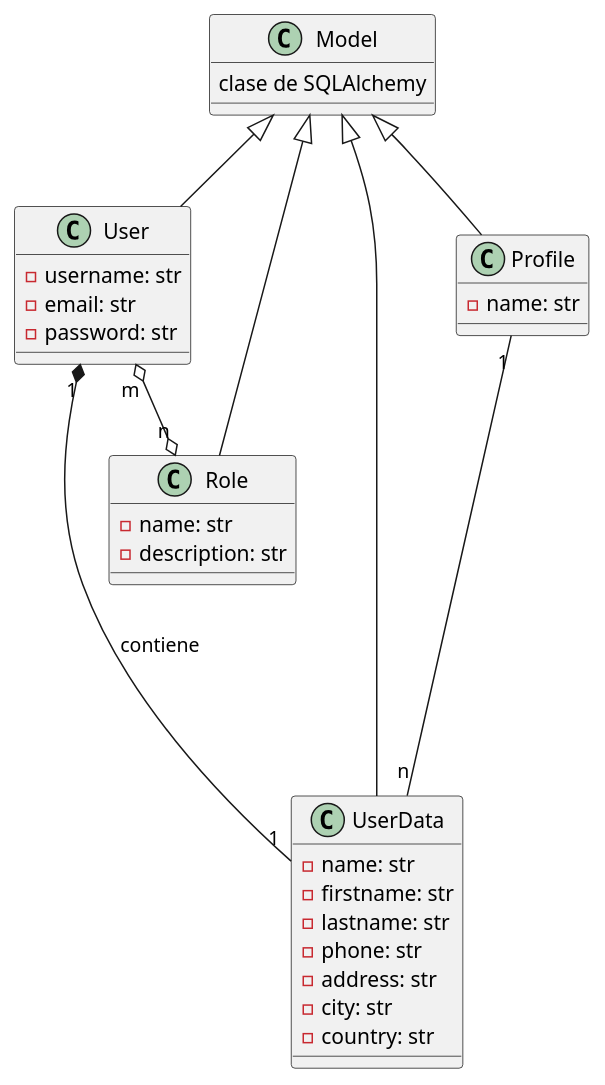
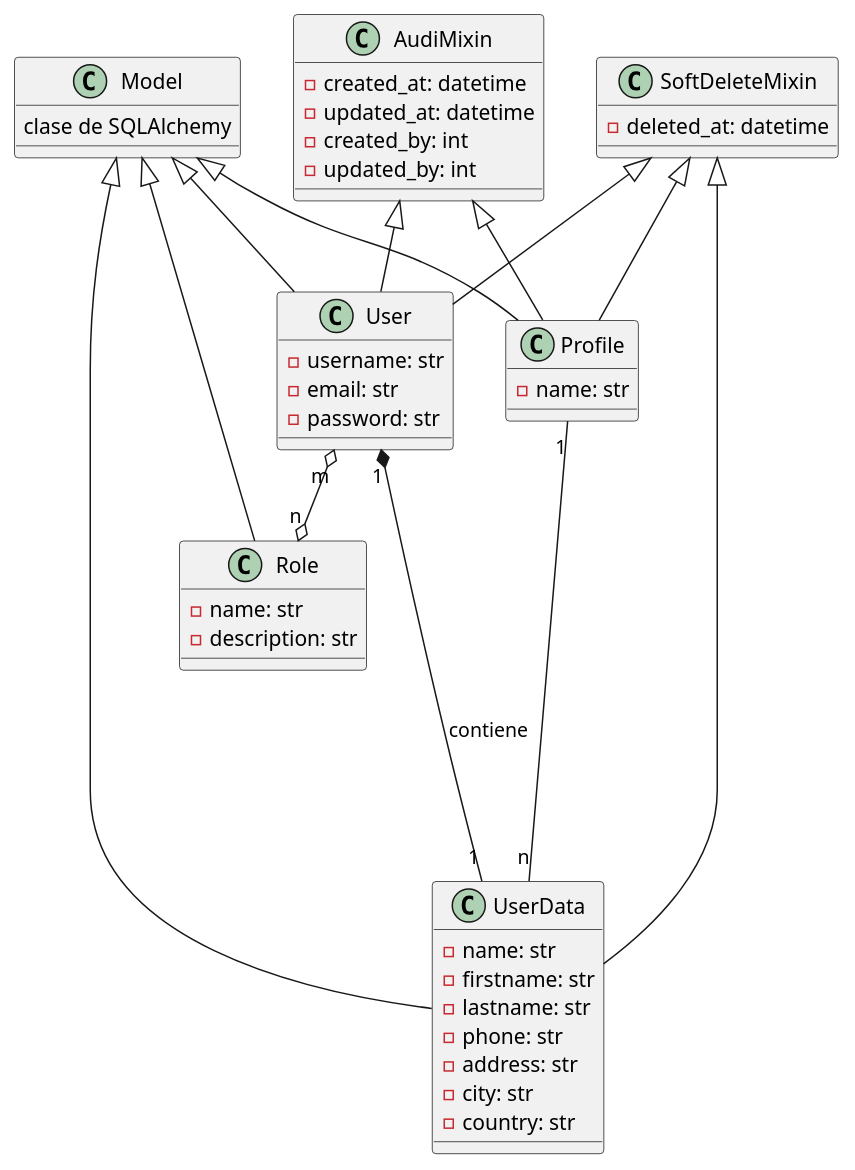
Before and after one commit to belensarome/cifrador-web: the diagram in docs/diagrama_1.puml, drawn with PlantUML. The commit also changed 6 other files, not shown here.

Commit message:
#6 add soft delete and audit

```diff
--- a/docs/diagrama_1.puml
+++ b/docs/diagrama_1.puml
@@ -1,38 +1,56 @@
 @startuml Diagram de Clases
 class Model {
  clase de SQLAlchemy
 }
 
 class User {
     - username: str
     - email: str
     - password: str
 }
 
 class UserData{
     - name: str
     - firstname: str
     - lastname: str
     - phone: str
     - address: str
     - city: str
     - country: str
 }
 
 class Profile{
     - name: str
 }
 
 class Role {
     - name: str
     - description: str
 }
+
+class AudiMixin{
+    - created_at: datetime
+    - updated_at: datetime
+    - created_by: int
+    - updated_by: int
+}
+
+class SoftDeleteMixin {
+    - deleted_at: datetime
+
+}
+
 Model <|-- User
+SoftDeleteMixin <|-- User
+AudiMixin <|-- User
 Model <|-- Role
 Model <|-- UserData
+SoftDeleteMixin <|-- UserData
 Model <|-- Profile
+SoftDeleteMixin <|-- Profile
+AudiMixin <|-- Profile
 
 User "1" *--- "1" UserData : contiene
 Profile "1" ---- "n" UserData
 User "m" o--o "n" Role
 @enduml
```
